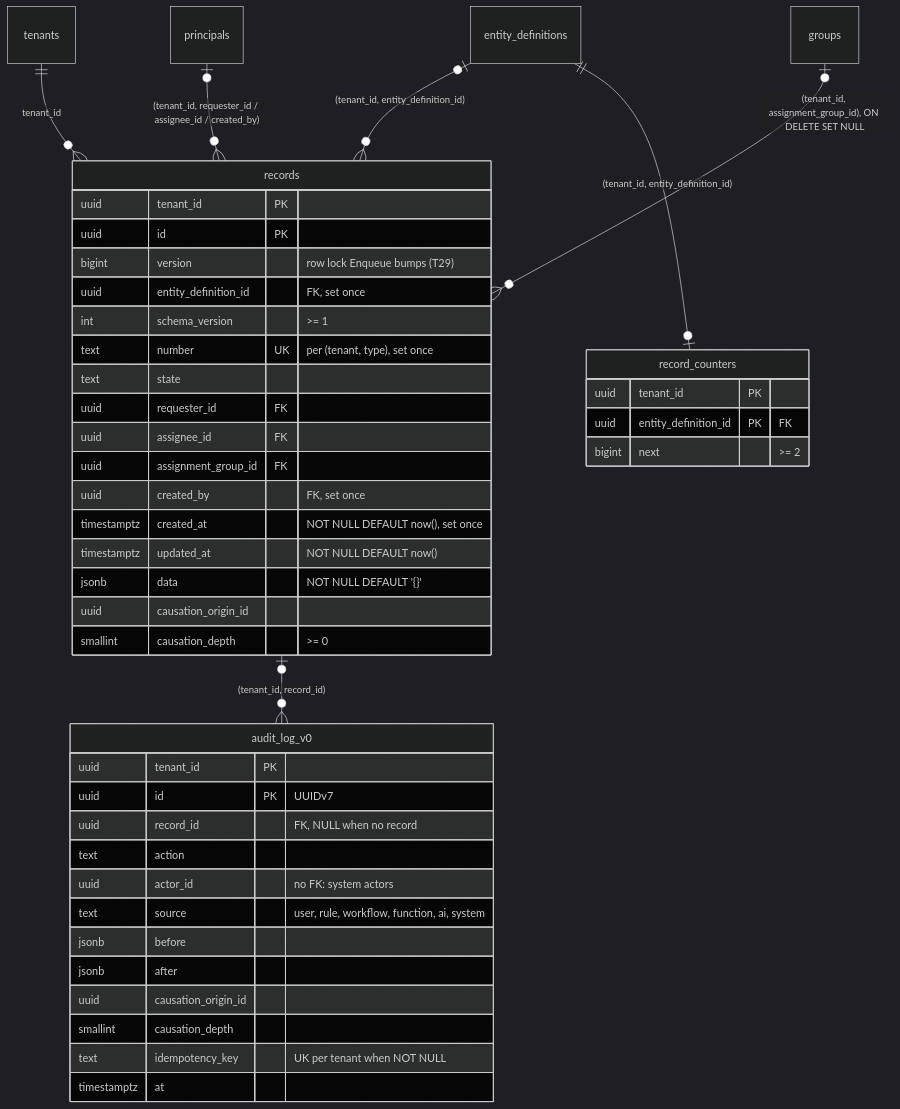
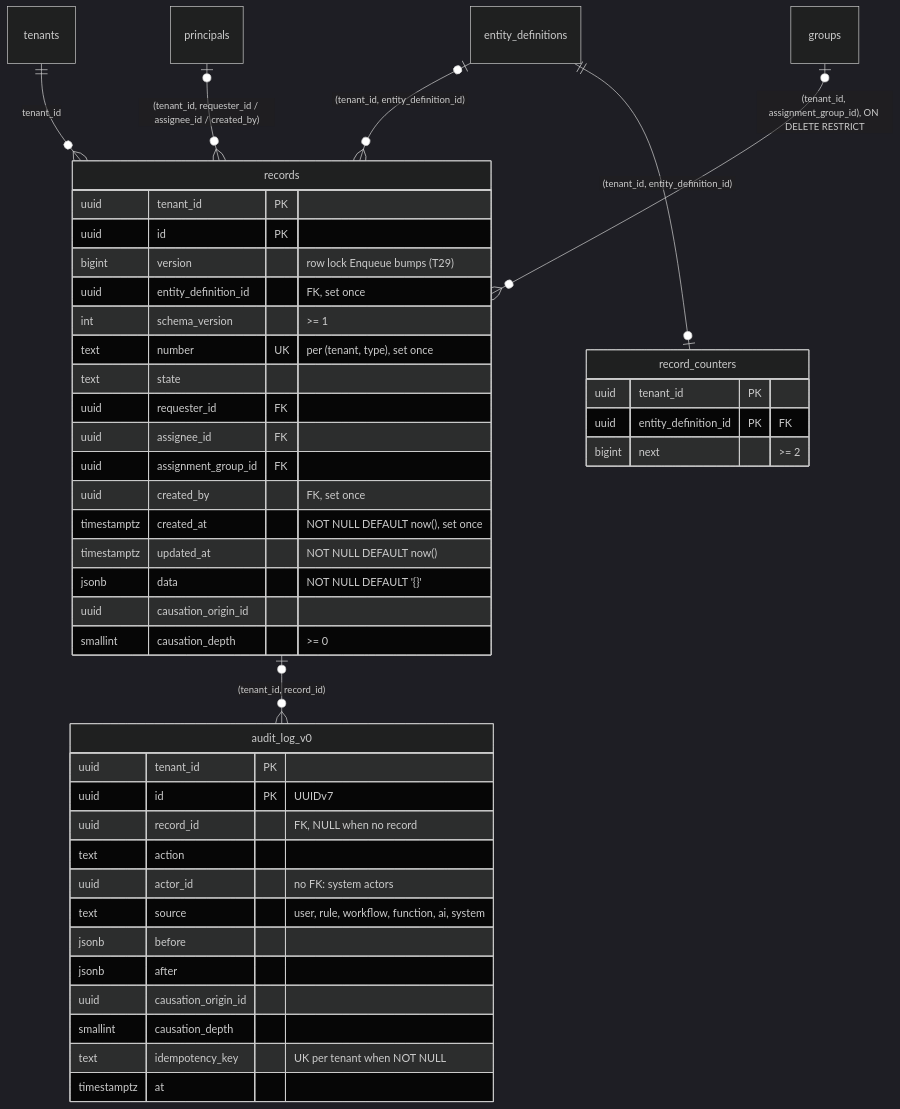
Before and after one commit to Navaladi2019/TicketingSystem: the third of 3 diagrams in docs/data/platform-tables.md, drawn with Mermaid (dark theme). The commit also changed other lines of this file and 20 other files, not shown here.

First line of the commit message:
P5-E5-5 (TICK-538): groups contract, FK RESTRICT + VALIDATE, R29 in CI-A3

````diff
--- a/docs/data/platform-tables.md
+++ b/docs/data/platform-tables.md
@@ -411,47 +411,47 @@
 ```mermaid
 erDiagram
     tenants ||--o{ records : "tenant_id"
     entity_definitions |o--o{ records : "(tenant_id, entity_definition_id)"
     principals |o--o{ records : "(tenant_id, requester_id / assignee_id / created_by)"
-    groups |o--o{ records : "(tenant_id, assignment_group_id), ON DELETE SET NULL"
+    groups |o--o{ records : "(tenant_id, assignment_group_id), ON DELETE RESTRICT"
     records |o--o{ audit_log_v0 : "(tenant_id, record_id)"
     entity_definitions ||--o| record_counters : "(tenant_id, entity_definition_id)"
 
     records {
         uuid tenant_id PK
         uuid id PK
         bigint version "row lock Enqueue bumps (T29)"
         uuid entity_definition_id "FK, set once"
         int schema_version ">= 1"
         text number UK "per (tenant, type), set once"
         text state
         uuid requester_id FK
         uuid assignee_id FK
         uuid assignment_group_id FK
         uuid created_by "FK, set once"
         timestamptz created_at "NOT NULL DEFAULT now(), set once"
         timestamptz updated_at "NOT NULL DEFAULT now()"
         jsonb data "NOT NULL DEFAULT '{}'"
         uuid causation_origin_id
         smallint causation_depth ">= 0"
     }
     audit_log_v0 {
         uuid tenant_id PK
         uuid id PK "UUIDv7"
         uuid record_id "FK, NULL when no record"
         text action
         uuid actor_id "no FK: system actors"
         text source "user, rule, workflow, function, ai, system"
         jsonb before
         jsonb after
         uuid causation_origin_id
         smallint causation_depth
         text idempotency_key "UK per tenant when NOT NULL"
         timestamptz at
     }
     record_counters {
         uuid tenant_id PK
         uuid entity_definition_id PK "FK"
         bigint next ">= 2"
     }
 ```
````
